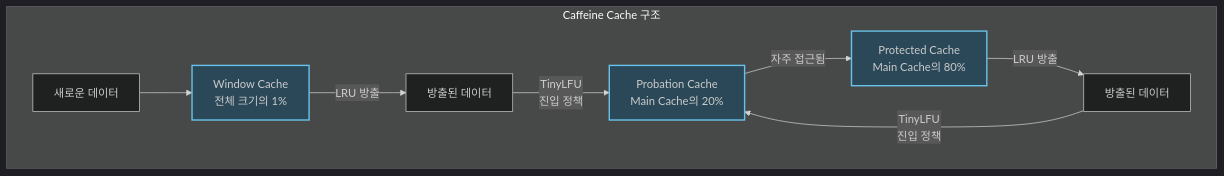
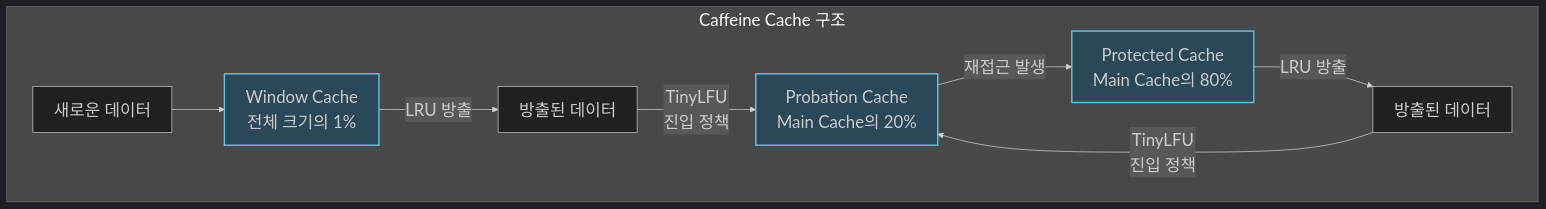
Before and after one commit to K-Diger/K-Diger.github.io: the first of 3 diagrams in _posts/2023-01-01-SUWIKI-4.md, drawn with Mermaid.

Commit message:
Caffeine Cache

````diff
--- a/_posts/2023-01-01-SUWIKI-4.md
+++ b/_posts/2023-01-01-SUWIKI-4.md
@@ -57,15 +57,15 @@
 ```mermaid
-%%{init: { 'theme':'dark' }}%%
+%%{init: { 'theme':'dark', 'themeVariables': { 'fontSize': '24px', 'fontFamily': 'Arial' } }}%%
 graph TD
-    subgraph CaffeineStructure["Caffeine Cache 구조"]
-        NewData[새로운 데이터] --> WindowCache[Window Cache<br/>전체 크기의 1%]
-        WindowCache -- "LRU 방출" --> WE[방출된 데이터]
-        WE -- "TinyLFU<br/>진입 정책" --> ProbationCache[Probation Cache<br/>Main Cache의 20%]
-        ProbationCache -- "자주 접근됨" --> ProtectedCache[Protected Cache<br/>Main Cache의 80%]
-        ProtectedCache -- "LRU 방출" --> PE[방출된 데이터]
-        PE -- "TinyLFU<br/>진입 정책" --> ProbationCache
-    end
+   subgraph CaffeineStructure["Caffeine Cache 구조"]
+       NewData[새로운 데이터] --> WindowCache[Window Cache<br/>전체 크기의 1%]
+       WindowCache -- "LRU 방출" --> WE[방출된 데이터]
+       WE -- "TinyLFU<br/>진입 정책" --> ProbationCache[Probation Cache<br/>Main Cache의 20%]
+       ProbationCache -- "재접근 발생" --> ProtectedCache[Protected Cache<br/>Main Cache의 80%]
+       ProtectedCache -- "LRU 방출" --> PE[방출된 데이터]
+       PE -- "TinyLFU<br/>진입 정책" --> ProbationCache
+   end
 
-    classDef cacheBox fill:#2a4858,stroke:#68c1e8,stroke-width:2px
-    class WindowCache,ProbationCache,ProtectedCache cacheBox
+   classDef cacheBox fill:#2a4858,stroke:#68c1e8,stroke-width:2px
+   class WindowCache,ProbationCache,ProtectedCache cacheBox
 ```
````
